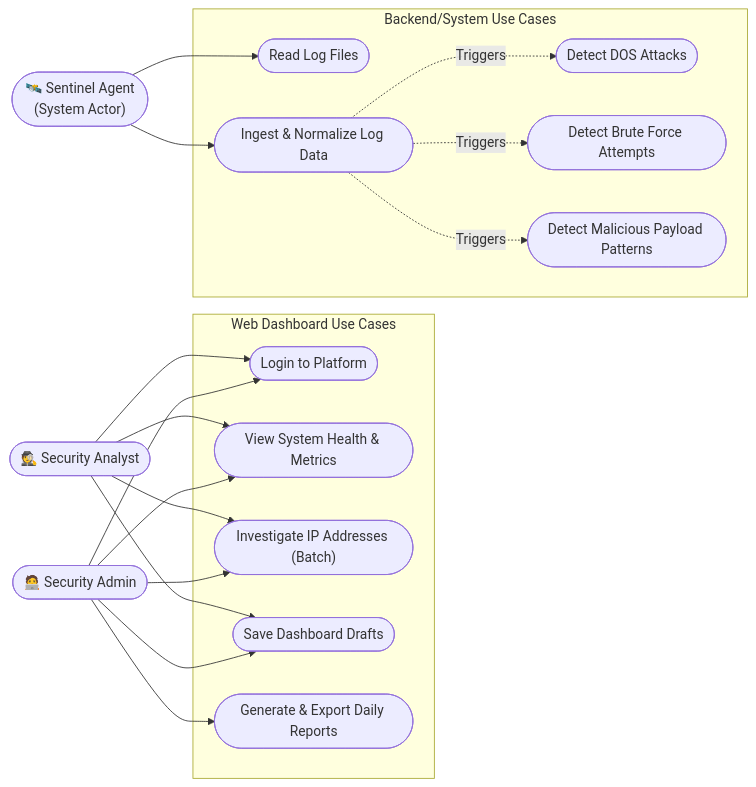
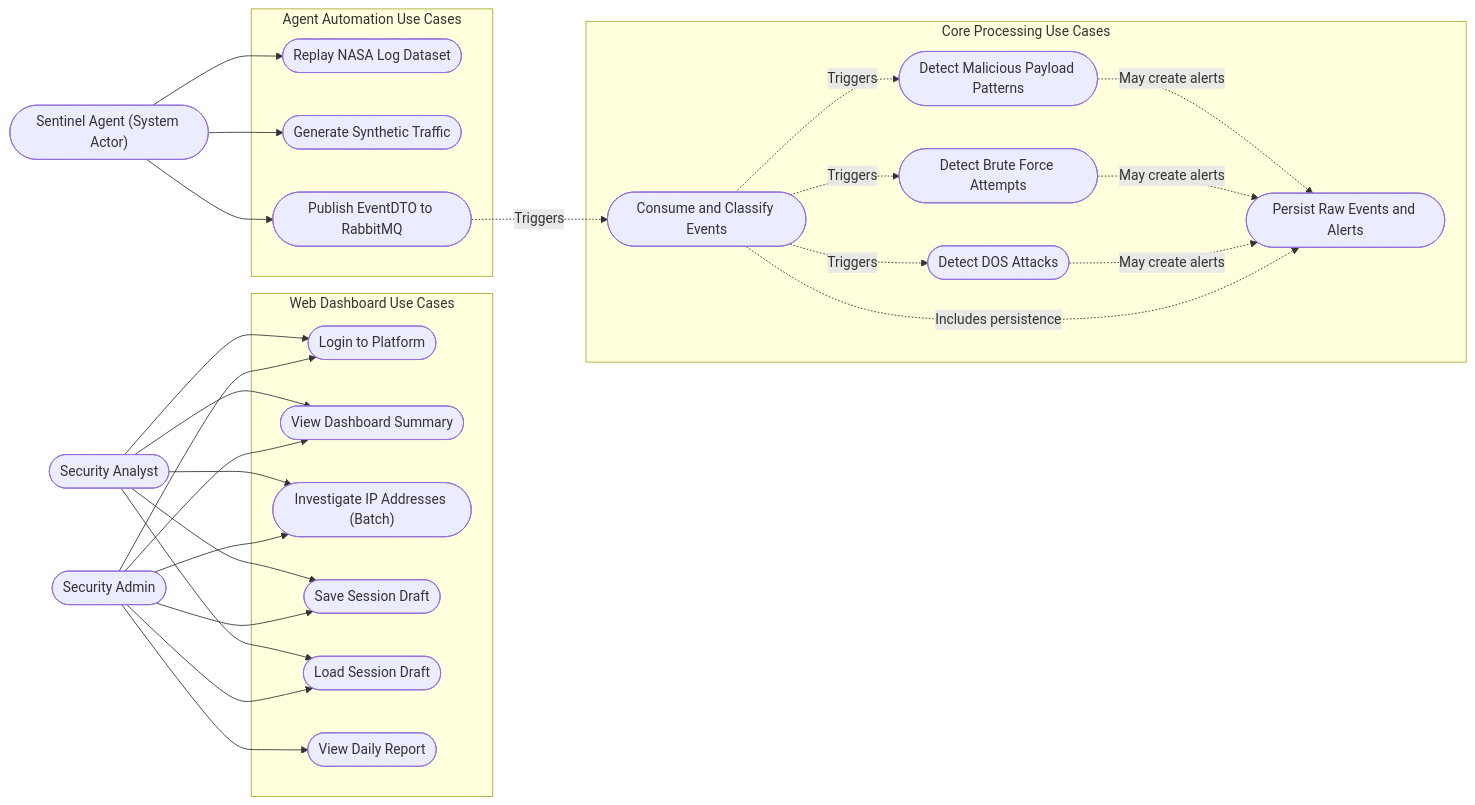
Before and after one commit to ZGr3Y/sentinel-distributed-siem: the diagram in docs/uml/UseCase_UML.md, drawn with Mermaid. The commit also changed other lines of this file and 7 other files, not shown here.

Commit message:
docs: add project guidelines covering architecture, build, test, coding conventions, and pitfalls

````diff
--- a/docs/uml/UseCase_UML.md
+++ b/docs/uml/UseCase_UML.md
@@ -5,44 +5,59 @@
 ```mermaid
 flowchart LR
     %% Actors
-    Admin(["🧑‍💻 Security Admin"])
-    Analyst(["🕵️ Security Analyst"])
-    SysAgent(["🛰️ Sentinel Agent<br/>(System Actor)"])
+    Admin(["Security Admin"])
+    Analyst(["Security Analyst"])
+    SysAgent(["Sentinel Agent (System Actor)"])
     
     %% Boundaries
     subgraph UI["Web Dashboard Use Cases"]
         UC1(["Login to Platform"])
-        UC2(["View System Health & Metrics"])
+        UC2(["View Dashboard Summary"])
         UC3(["Investigate IP Addresses (Batch)"])
-        UC4(["Save Dashboard Drafts"])
-        UC5(["Generate & Export Daily Reports"])
+        UC4(["Save Session Draft"])
+        UC5(["Load Session Draft"])
+        UC6(["View Daily Report"])
     end
     
-    subgraph BE["Backend/System Use Cases"]
-        UC6(["Read Log Files"])
-        UC7(["Ingest & Normalize Log Data"])
-        UC8(["Detect DOS Attacks"])
-        UC9(["Detect Brute Force Attempts"])
-        UC10(["Detect Malicious Payload Patterns"])
+    subgraph AGENT["Agent Automation Use Cases"]
+        UC7(["Replay NASA Log Dataset"])
+        UC8(["Generate Synthetic Traffic"])
+        UC9(["Publish EventDTO to RabbitMQ"])
+    end
+
+    subgraph CORE["Core Processing Use Cases"]
+        UC10(["Consume and Classify Events"])
+        UC11(["Detect DOS Attacks"])
+        UC12(["Detect Brute Force Attempts"])
+        UC13(["Detect Malicious Payload Patterns"])
+        UC14(["Persist Raw Events and Alerts"])
     end
 
     %% Relationships
     Admin --> UC1
     Admin --> UC2
     Admin --> UC3
     Admin --> UC4
     Admin --> UC5
+    Admin --> UC6
     
     Analyst --> UC1
     Analyst --> UC2
     Analyst --> UC3
     Analyst --> UC4
+    Analyst --> UC5
     
-    SysAgent --> UC6
     SysAgent --> UC7
+    SysAgent --> UC8
+    SysAgent --> UC9
     
-    %% Implicit triggers
-    UC7 -.->|Triggers| UC8
-    UC7 -.->|Triggers| UC9
-    UC7 -.->|Triggers| UC10
+    %% Automation and processing triggers
+    UC9 -.->|Triggers| UC10
+    UC10 -.->|Triggers| UC11
+    UC10 -.->|Triggers| UC12
+    UC10 -.->|Triggers| UC13
+    UC10 -.->|Includes persistence| UC14
+    UC11 -.->|May create alerts| UC14
+    UC12 -.->|May create alerts| UC14
+    UC13 -.->|May create alerts| UC14
 ```
````
